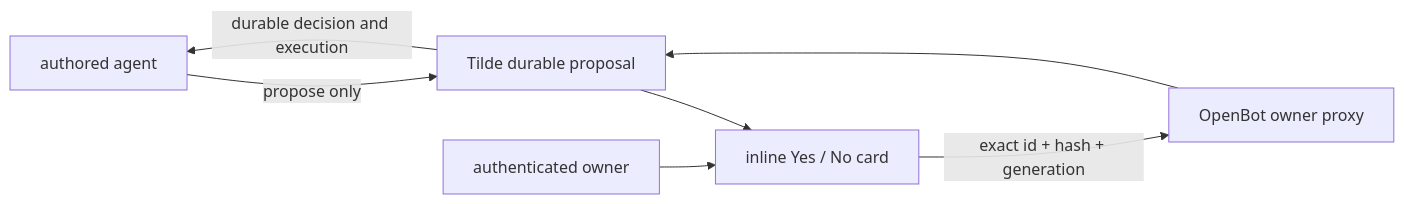
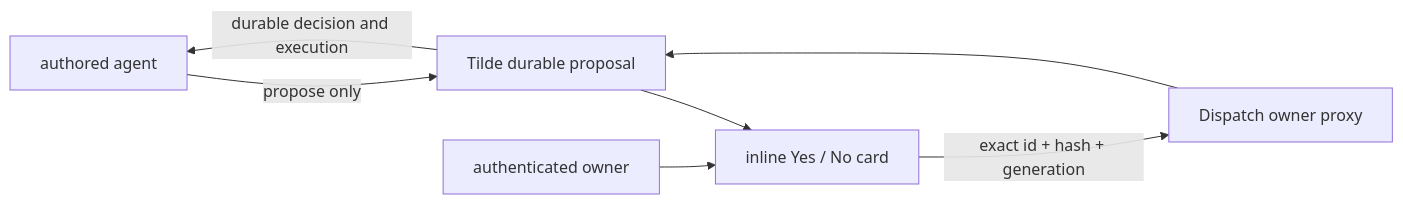
The diagram in docs/updates/121.md (trytilde/dispatch), drawn with Mermaid before and after one commit. The commit also changed other lines of this file and 668 other files, not shown here.

````diff
--- a/docs/updates/121.md
+++ b/docs/updates/121.md
@@ -15,9 +15,9 @@
 ```mermaid
 flowchart LR
   Agent["authored agent"] -->|propose only| Tilde["Tilde durable proposal"]
   Tilde --> Card["inline Yes / No card"]
   Owner["authenticated owner"] --> Card
-  Card -->|exact id + hash + generation| Proxy["OpenBot owner proxy"]
+  Card -->|exact id + hash + generation| Proxy["Dispatch owner proxy"]
   Proxy --> Tilde
   Tilde -->|durable decision and execution| Agent
 ```
````
